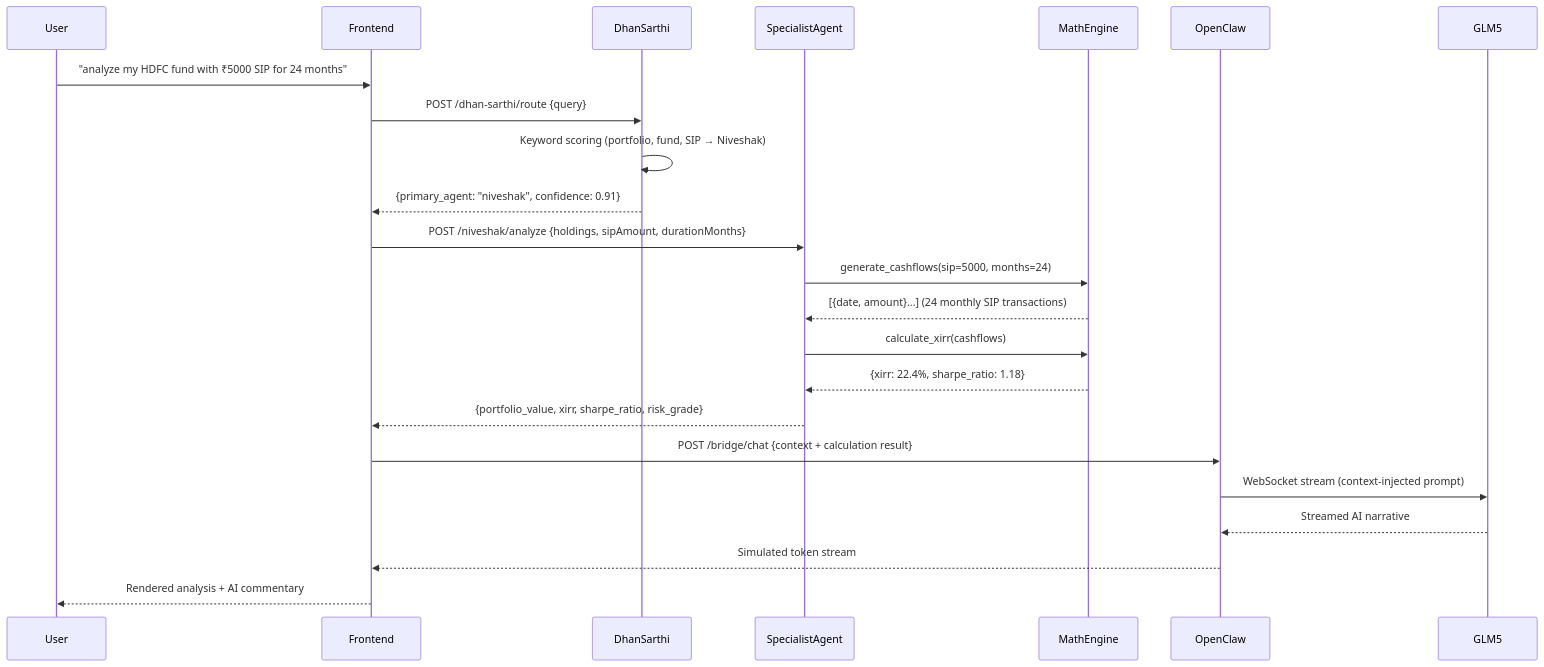
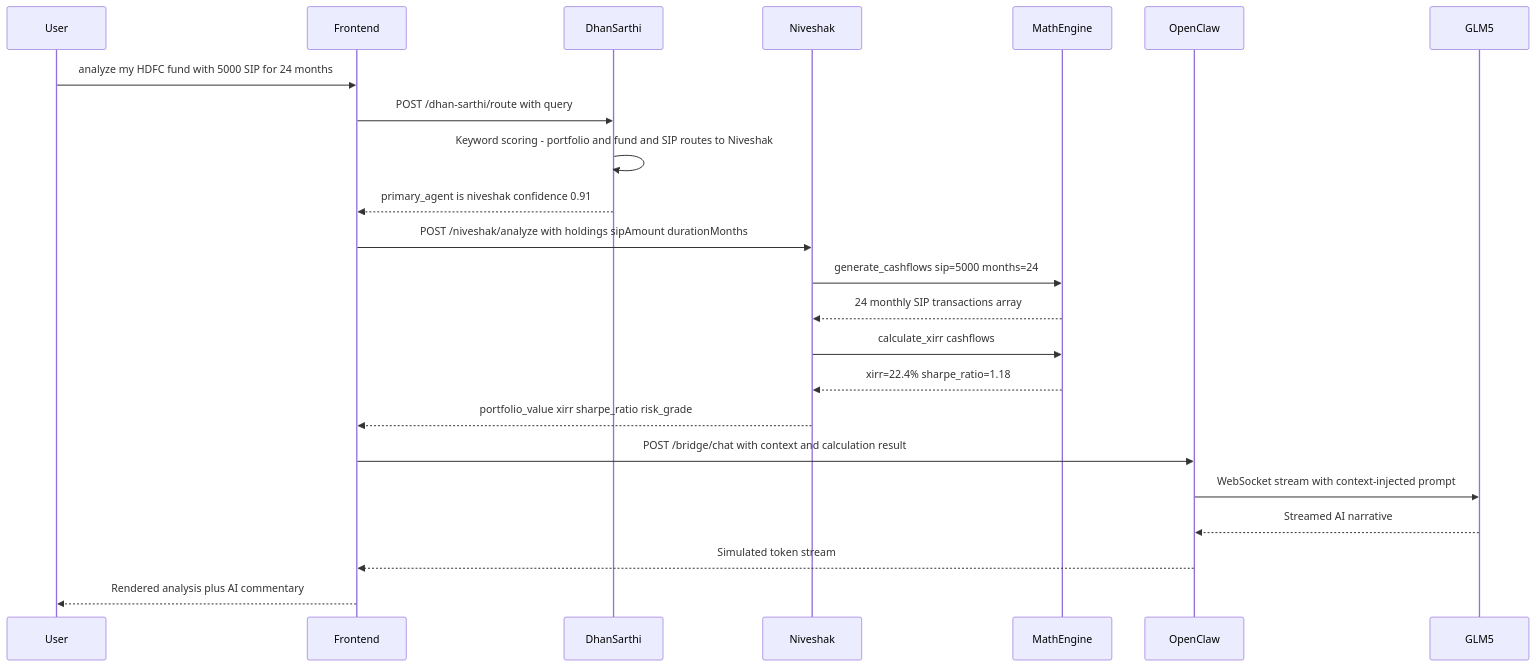
One commit to Devguru-codes/AI-Money-Mentor changed the second of 4 diagrams in ARCHITECTURE_DOCUMENT.md. Above: the diagram before and after it, drawn with Mermaid. The commit also changed other lines of this file and 1 other file, not shown here.

Commit message:
fix: repair all Mermaid diagram syntax in ARCHITECTURE_DOCUMENT and IMPACT_MODEL

````diff
--- a/ARCHITECTURE_DOCUMENT.md
+++ b/ARCHITECTURE_DOCUMENT.md
@@ -85,26 +89,26 @@
 ```mermaid
 sequenceDiagram
     participant User
     participant Frontend
     participant DhanSarthi
-    participant SpecialistAgent
+    participant Niveshak
     participant MathEngine
     participant OpenClaw
     participant GLM5
 
-    User->>Frontend: "analyze my HDFC fund with ₹5000 SIP for 24 months"
-    Frontend->>DhanSarthi: POST /dhan-sarthi/route {query}
-    DhanSarthi->>DhanSarthi: Keyword scoring (portfolio, fund, SIP → Niveshak)
-    DhanSarthi-->>Frontend: {primary_agent: "niveshak", confidence: 0.91}
-    Frontend->>SpecialistAgent: POST /niveshak/analyze {holdings, sipAmount, durationMonths}
-    SpecialistAgent->>MathEngine: generate_cashflows(sip=5000, months=24)
-    MathEngine-->>SpecialistAgent: [{date, amount}...] (24 monthly SIP transactions)
-    SpecialistAgent->>MathEngine: calculate_xirr(cashflows)
-    MathEngine-->>SpecialistAgent: {xirr: 22.4%, sharpe_ratio: 1.18}
-    SpecialistAgent-->>Frontend: {portfolio_value, xirr, sharpe_ratio, risk_grade}
-    Frontend->>OpenClaw: POST /bridge/chat {context + calculation result}
-    OpenClaw->>GLM5: WebSocket stream (context-injected prompt)
+    User->>Frontend: analyze my HDFC fund with 5000 SIP for 24 months
+    Frontend->>DhanSarthi: POST /dhan-sarthi/route with query
+    DhanSarthi->>DhanSarthi: Keyword scoring - portfolio and fund and SIP routes to Niveshak
+    DhanSarthi-->>Frontend: primary_agent is niveshak confidence 0.91
+    Frontend->>Niveshak: POST /niveshak/analyze with holdings sipAmount durationMonths
+    Niveshak->>MathEngine: generate_cashflows sip=5000 months=24
+    MathEngine-->>Niveshak: 24 monthly SIP transactions array
+    Niveshak->>MathEngine: calculate_xirr cashflows
+    MathEngine-->>Niveshak: xirr=22.4% sharpe_ratio=1.18
+    Niveshak-->>Frontend: portfolio_value xirr sharpe_ratio risk_grade
+    Frontend->>OpenClaw: POST /bridge/chat with context and calculation result
+    OpenClaw->>GLM5: WebSocket stream with context-injected prompt
     GLM5-->>OpenClaw: Streamed AI narrative
     OpenClaw-->>Frontend: Simulated token stream
-    Frontend-->>User: Rendered analysis + AI commentary
+    Frontend-->>User: Rendered analysis plus AI commentary
 ```
````
